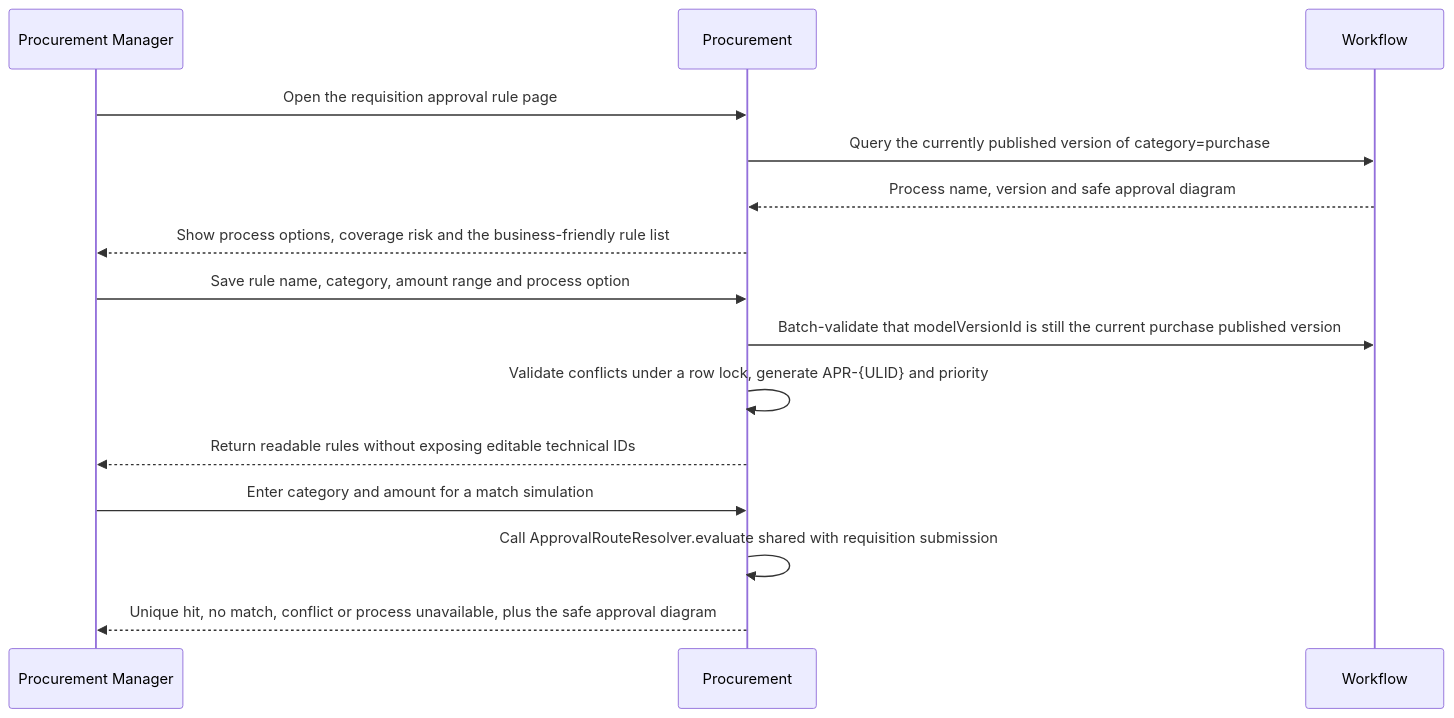
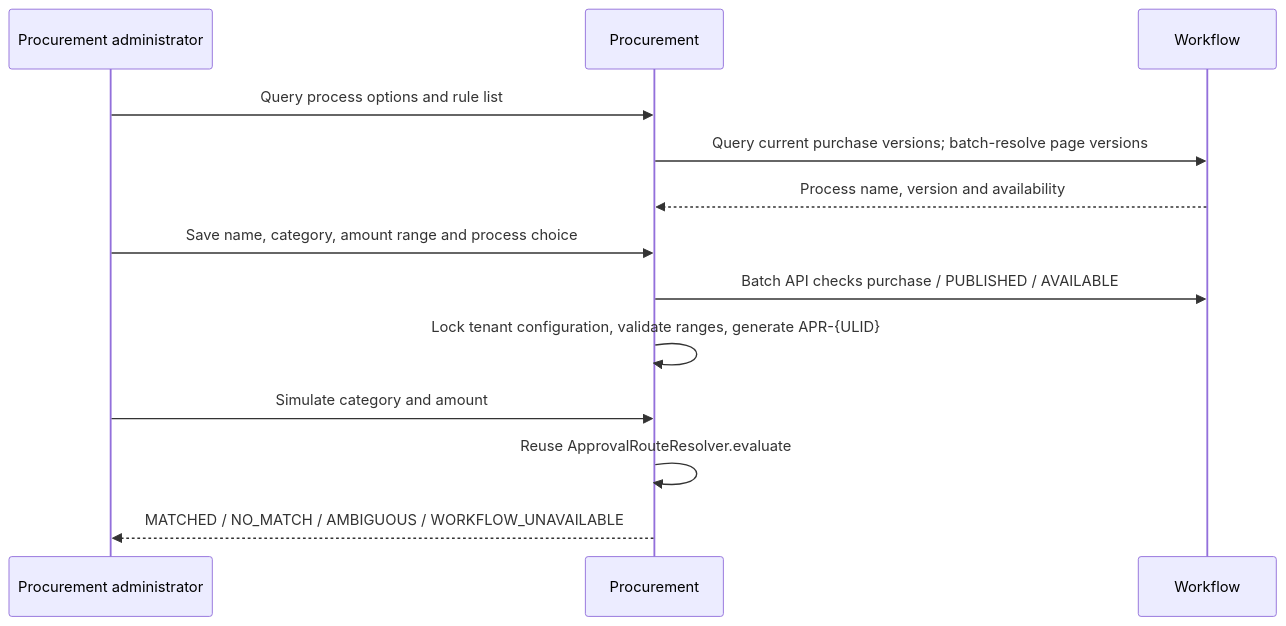
Before and after one commit to wang-baohai/Omni-Stack: diagram 17 of 21 in docs/core-flows.en.md, drawn with Mermaid. The commit also changed other lines of this file and 1095 other files, not shown here.

````diff
--- a/docs/core-flows.en.md
+++ b/docs/core-flows.en.md
@@ -1748,18 +1386,15 @@
 ```mermaid
 sequenceDiagram
-    participant U as Procurement Manager
+    participant U as Procurement administrator
     participant P as Procurement
     participant W as Workflow
-
-    U->>P: Open the requisition approval rule page
-    P->>W: Query the currently published version of category=purchase
-    W-->>P: Process name, version and safe approval diagram
-    P-->>U: Show process options, coverage risk and the business-friendly rule list
-    U->>P: Save rule name, category, amount range and process option
-    P->>W: Batch-validate that modelVersionId is still the current purchase published version
-    P->>P: Validate conflicts under a row lock, generate APR-{ULID} and priority
-    P-->>U: Return readable rules without exposing editable technical IDs
-    U->>P: Enter category and amount for a match simulation
-    P->>P: Call ApprovalRouteResolver.evaluate shared with requisition submission
-    P-->>U: Unique hit, no match, conflict or process unavailable, plus the safe approval diagram
+    U->>P: Query process options and rule list
+    P->>W: Query current purchase versions#59; batch-resolve page versions
+    W-->>P: Process name, version and availability
+    U->>P: Save name, category, amount range and process choice
+    P->>W: Batch API checks purchase / PUBLISHED / AVAILABLE
+    P->>P: Lock tenant configuration, validate ranges, generate APR-{ULID}
+    U->>P: Simulate category and amount
+    P->>P: Reuse ApprovalRouteResolver.evaluate
+    P-->>U: MATCHED / NO_MATCH / AMBIGUOUS / WORKFLOW_UNAVAILABLE
 ```
````
